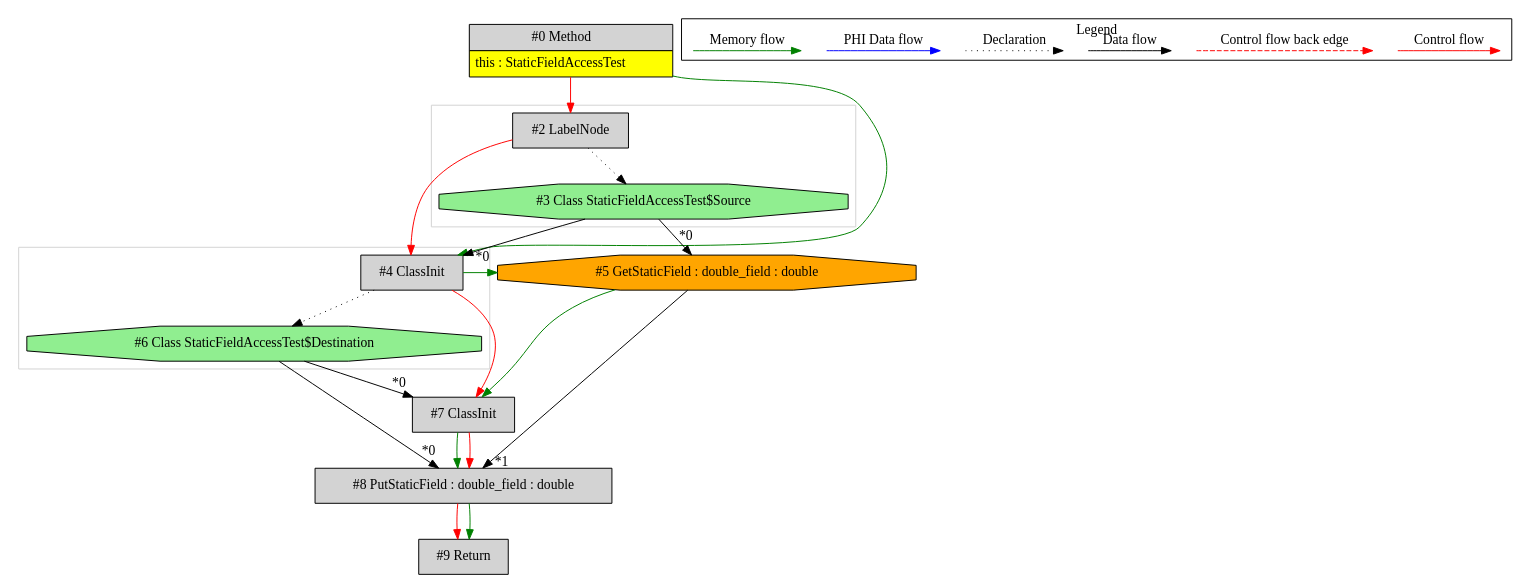
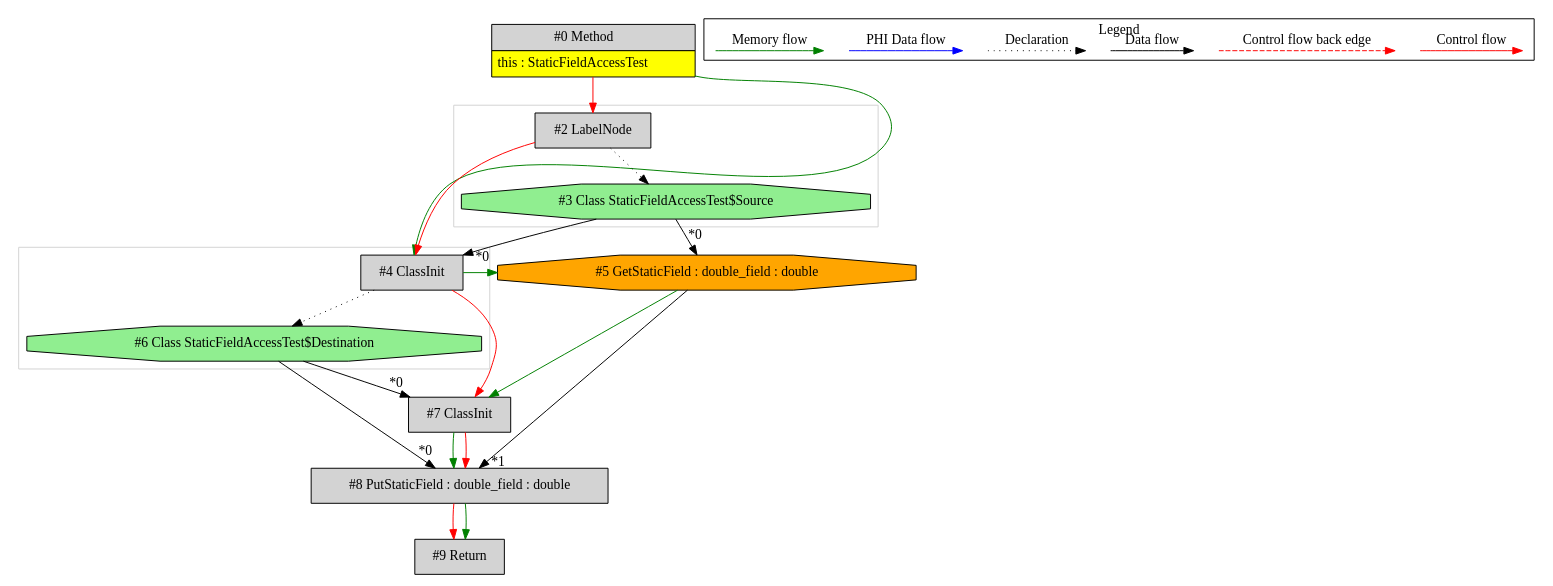
Before and after one commit to mirkosertic/MetaIR: the diagram in de.mirkosertic.metair.ir.examples.StaticFieldAccessTest/copy_double/ir.dot, drawn with Graphviz. The commit also changed other lines of this file and 712 other files, not shown here.

```diff
--- a/de.mirkosertic.metair.ir.examples.StaticFieldAccessTest/copy_double/ir.dot
+++ b/de.mirkosertic.metair.ir.examples.StaticFieldAccessTest/copy_double/ir.dot
@@ -1,65 +1,65 @@
 digraph {
  ordering="in";
  node0[margin="0", label=<<table border="0" cellborder="1" cellspacing="0" cellpadding="5"><tr><td colspan="1">#0 Method</td></tr><tr><td port="prj1" bgcolor="yellow">this : StaticFieldAccessTest</td></tr></table>>,shape=none, fillcolor=lightgrey, style=filled];
+ node4[label="#4 ClassInit",shape=box, fillcolor=lightgrey, style=filled];
+ node3 -> node4[headlabel="*0", labeldistance=2];
+ node0 -> node4[labeldistance=2, color=green, constraint=false];
+ node2 -> node4[labeldistance=2, color=red, fontcolor=red];
  node2[label="#2 LabelNode",shape=box, fillcolor=lightgrey, style=filled];
  node0 -> node2[labeldistance=2, color=red, fontcolor=red];
  node3[label="#3 Class StaticFieldAccessTest$Source",shape=octagon, fillcolor=lightgreen, style=filled];
  node2 -> node3[style=dotted];
- node4[label="#4 ClassInit",shape=box, fillcolor=lightgrey, style=filled];
- node3 -> node4[headlabel="*0", labeldistance=2];
- node0 -> node4[labeldistance=2, color=green, constraint=false];
- node2 -> node4[labeldistance=2, color=red, fontcolor=red];
- node6[label="#6 Class StaticFieldAccessTest$Destination",shape=octagon, fillcolor=lightgreen, style=filled];
- node4 -> node6[style=dotted];
- node7[label="#7 ClassInit",shape=box, fillcolor=lightgrey, style=filled];
- node6 -> node7[headlabel="*0", labeldistance=2];
- node5 -> node7[labeldistance=2, color=green, constraint=false];
- node4 -> node7[labeldistance=2, color=red, fontcolor=red];
  node5[label="#5 GetStaticField : double_field : double",shape=octagon, fillcolor=orange, style=filled];
  node3 -> node5[headlabel="*0", labeldistance=2];
  node4 -> node5[labeldistance=2, color=green, constraint=false];
  node8[label="#8 PutStaticField : double_field : double",shape=box, fillcolor=lightgrey, style=filled];
  node6 -> node8[headlabel="*0", labeldistance=2];
  node5 -> node8[headlabel="*1", labeldistance=2];
  node7 -> node8[labeldistance=2, color=green, constraint=false];
  node7 -> node8[labeldistance=2, color=red, fontcolor=red];
+ node7[label="#7 ClassInit",shape=box, fillcolor=lightgrey, style=filled];
+ node6 -> node7[headlabel="*0", labeldistance=2];
+ node5 -> node7[labeldistance=2, color=green, constraint=false];
+ node4 -> node7[labeldistance=2, color=red, fontcolor=red];
+ node6[label="#6 Class StaticFieldAccessTest$Destination",shape=octagon, fillcolor=lightgreen, style=filled];
+ node4 -> node6[style=dotted];
  node9[label="#9 Return",shape=box, fillcolor=lightgrey, style=filled];
  node8 -> node9[labeldistance=2, color=red, fontcolor=red];
  node8 -> node9[labeldistance=2, color=green, constraint=false];
  subgraph cluster_0 {
   color=lightgray;
-  node4;
-  node6;
+  node2;
+  node3;
  }
  subgraph cluster_1 {
   color=lightgray;
-  node2;
-  node3;
+  node4;
+  node6;
  }
  subgraph cluster_000 {
   label = "Legend";
   node [shape=point]
   {
    rank=same;
    c0 [style = invis];
    c1 [style = invis];
    c2 [style = invis];
    c3 [style = invis];
    d0 [style = invis];
    d1 [style = invis];
    d2 [style = invis];
    d3 [style = invis];
    d4 [style = invis];
    d5 [style = invis];
    d6 [style = invis];
    d7 [style = invis];
   }
   c0 -> c1 [label="Control flow", style=solid, color=red]
   c2 -> c3 [label="Control flow back edge", style=dashed, color=red]
   d0 -> d1 [label="Data flow"]
   d2 -> d3 [label="Declaration", style=dotted]
   d4 -> d5 [label="PHI Data flow", color=blue]
   d6 -> d7 [label="Memory flow", color=green]
  }
 
 }
```
